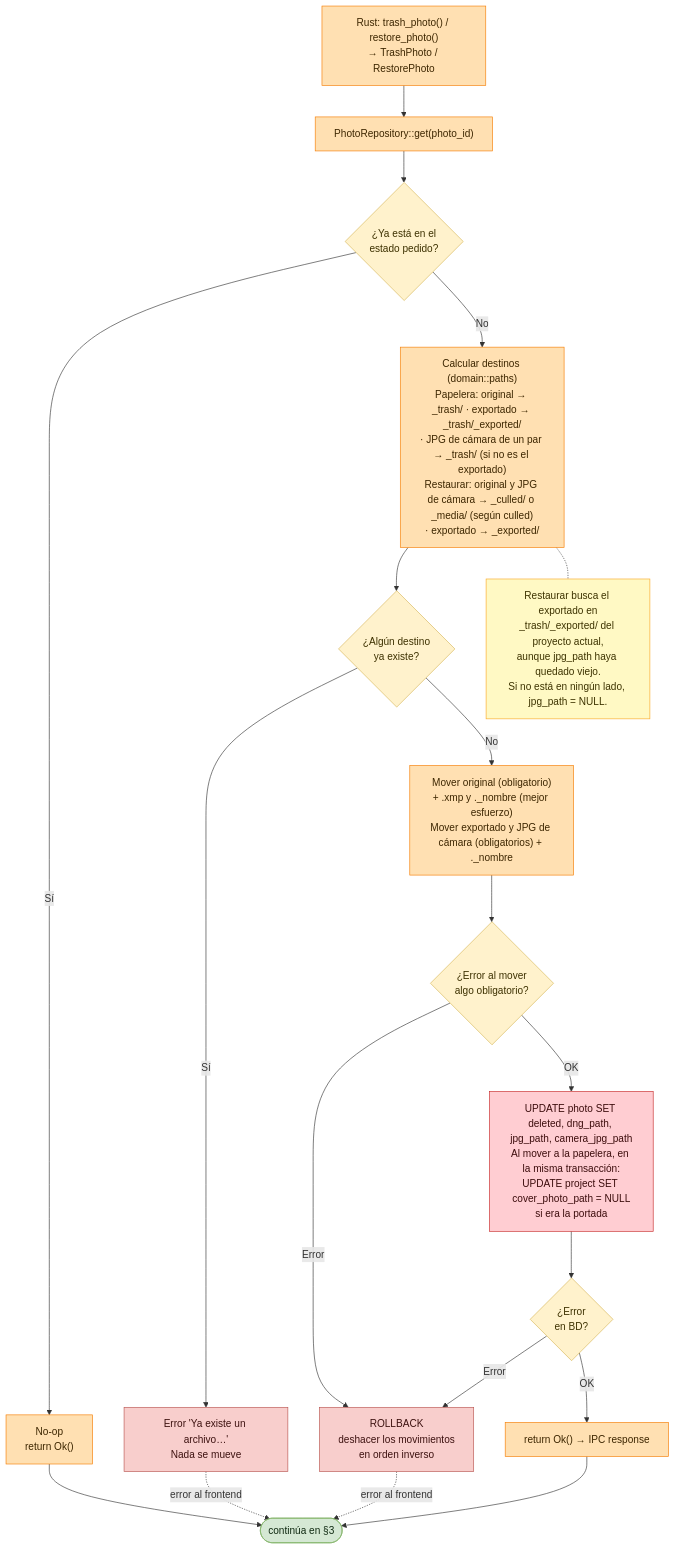
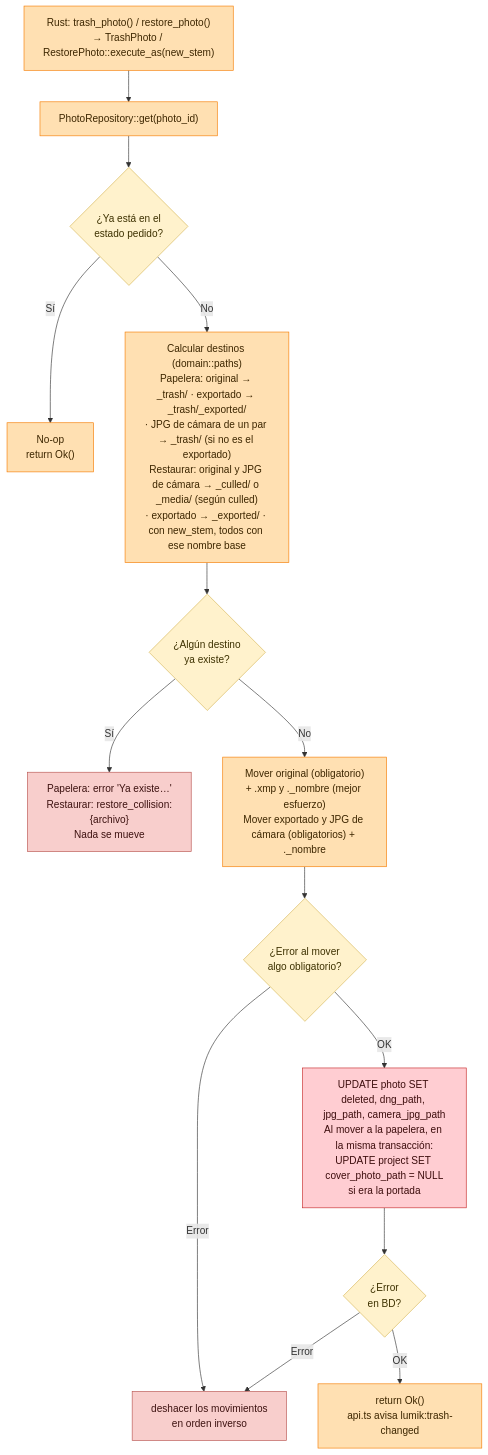
One commit to everitosan/lumik changed the third of 4 diagrams in docs/useCases/flujo-papelera-foto.md. Above: the diagram before and after it, drawn with Mermaid. The commit also changed other lines of this file and 93 other files, not shown here.

````diff
--- a/docs/useCases/flujo-papelera-foto.md
+++ b/docs/useCases/flujo-papelera-foto.md
@@ -72,45 +85,35 @@
 ```mermaid
 flowchart TD
-    be["Rust: trash_photo() / restore_photo()<br/>→ TrashPhoto / RestorePhoto"]
+    be["Rust: trash_photo() / restore_photo()<br/>→ TrashPhoto / RestorePhoto::execute_as(new_stem)"]
     get_photo["PhotoRepository::get(photo_id)"]
     noop_q{"¿Ya está en el<br/>estado pedido?"}
     noop_ok["No-op<br/>return Ok()"]
-    paths["Calcular destinos (domain::paths)<br/>Papelera: original → _trash/ · exportado → _trash/_exported/<br/>· JPG de cámara de un par → _trash/ (si no es el exportado)<br/>Restaurar: original y JPG de cámara → _culled/ o _media/ (según culled)<br/>· exportado → _exported/"]
+    paths["Calcular destinos (domain::paths)<br/>Papelera: original → _trash/ · exportado → _trash/_exported/<br/>· JPG de cámara de un par → _trash/ (si no es el exportado)<br/>Restaurar: original y JPG de cámara → _culled/ o _media/ (según culled)<br/>· exportado → _exported/ · con new_stem, todos con ese nombre base"]
     free_q{"¿Algún destino<br/>ya existe?"}
-    conflict["Error 'Ya existe un archivo…'<br/>Nada se mueve"]
+    conflict["Papelera: error 'Ya existe…'<br/>Restaurar: restore_collision:{archivo}<br/>Nada se mueve"]
     move["Mover original (obligatorio)<br/>+ .xmp y ._nombre (mejor esfuerzo)<br/>Mover exportado y JPG de cámara (obligatorios) + ._nombre"]
     move_q{"¿Error al mover<br/>algo obligatorio?"}
     db_update["UPDATE photo SET deleted, dng_path, jpg_path, camera_jpg_path<br/>Al mover a la papelera, en la misma transacción:<br/>UPDATE project SET cover_photo_path = NULL<br/>si era la portada"]
     db_q{"¿Error<br/>en BD?"}
-    rollback["ROLLBACK<br/>deshacer los movimientos<br/>en orden inverso"]
-    ok["return Ok() → IPC response"]
-    next(["continúa en §3"])
-
-    n_exp["Restaurar busca el exportado en<br/>_trash/_exported/ del proyecto actual,<br/>aunque jpg_path haya quedado viejo.<br/>Si no está en ningún lado, jpg_path = NULL."]
+    rollback["deshacer los movimientos<br/>en orden inverso"]
+    ok["return Ok()<br/>api.ts avisa lumik:trash-changed"]
 
     be --> get_photo --> noop_q
-    noop_q -->|Sí| noop_ok --> next
+    noop_q -->|Sí| noop_ok
     noop_q -->|No| paths --> free_q
     free_q -->|Sí| conflict
     free_q -->|No| move --> move_q
     move_q -->|Error| rollback
     move_q -->|OK| db_update --> db_q
     db_q -->|Error| rollback
-    db_q -->|OK| ok --> next
-    conflict -.->|error al frontend| next
-    rollback -.->|error al frontend| next
-    paths -.- n_exp
+    db_q -->|OK| ok
 
-    classDef term fill:#d5e8d4,stroke:#82b366,color:#102a12
     classDef be fill:#ffe0b2,stroke:#f57c00,color:#3d2600
     classDef db fill:#ffcdd2,stroke:#c62828,color:#3d0d0d
     classDef dec fill:#fff2cc,stroke:#d6b656,color:#3d3100
     classDef err fill:#f8cecc,stroke:#b85450,color:#3d1210
-    classDef note fill:#fff9c4,stroke:#f9a825,color:#3d3300
-    class next term
     class be,get_photo,noop_ok,paths,move,ok be
     class db_update db
     class noop_q,free_q,move_q,db_q dec
     class conflict,rollback err
-    class n_exp note
 ```
````
